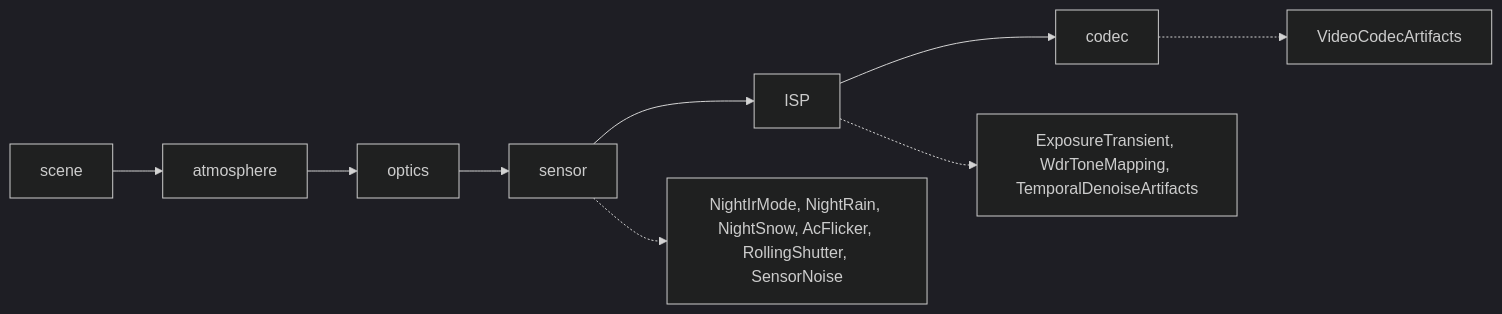
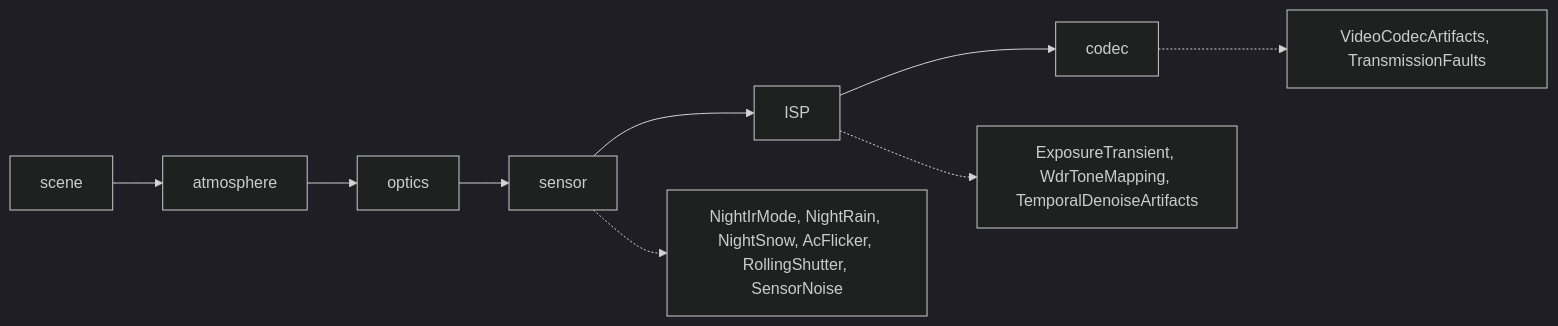
Before and after one commit to desmoteo/surmentations: diagram 13 of 18 in docs/how_it_works.md, drawn with Mermaid (dark theme). The commit also changed other lines of this file and 5 other files, not shown here.

Commit message:
Document TransmissionFaults, GROUND_SEVERITY and the revised night and wet-road models

````diff
--- a/docs/how_it_works.md
+++ b/docs/how_it_works.md
@@ -473,11 +498,11 @@
 ```mermaid
 flowchart LR
     SCENE["scene"] --> ATM["atmosphere"]
     ATM --> OPT["optics"]
     OPT --> SENS["sensor"]
     SENS --> ISP["ISP"]
     ISP --> CODEC["codec"]
     SENS -.-> S1["NightIrMode, NightRain, NightSnow, AcFlicker, RollingShutter, SensorNoise"]
     ISP -.-> S2["ExposureTransient, WdrToneMapping, TemporalDenoiseArtifacts"]
-    CODEC -.-> S3["VideoCodecArtifacts"]
+    CODEC -.-> S3["VideoCodecArtifacts, TransmissionFaults"]
 ```
````
